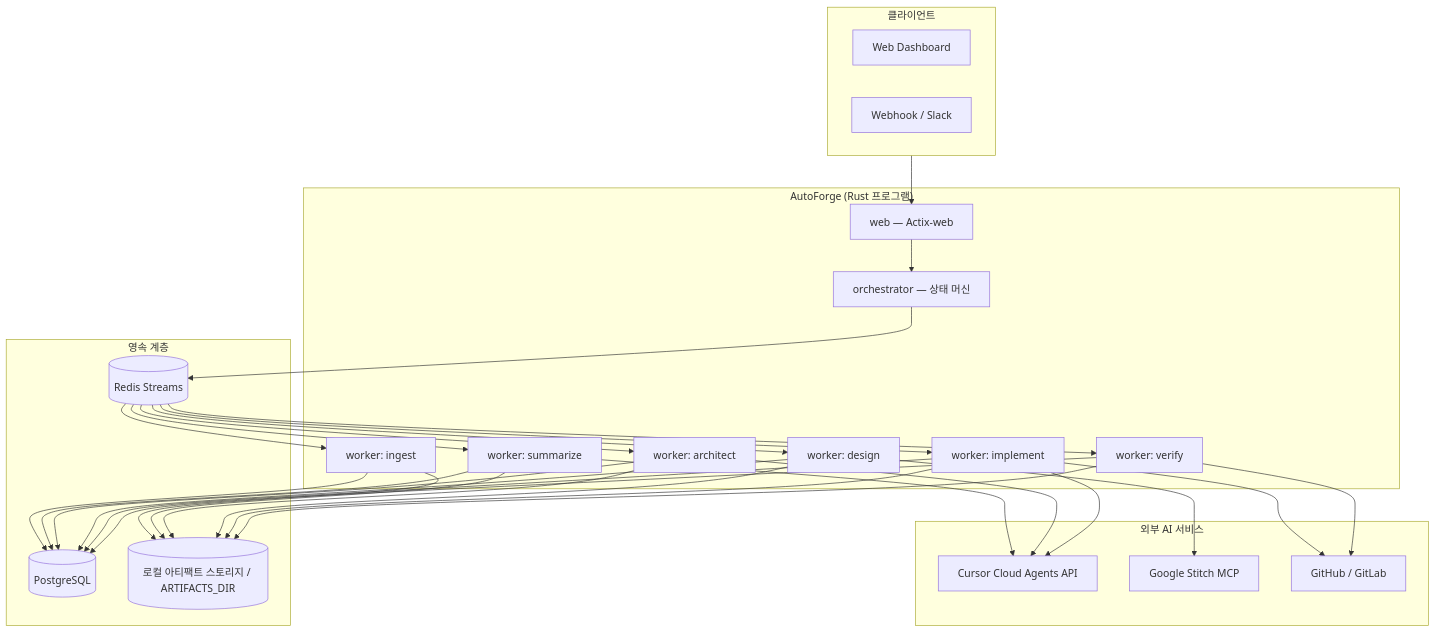
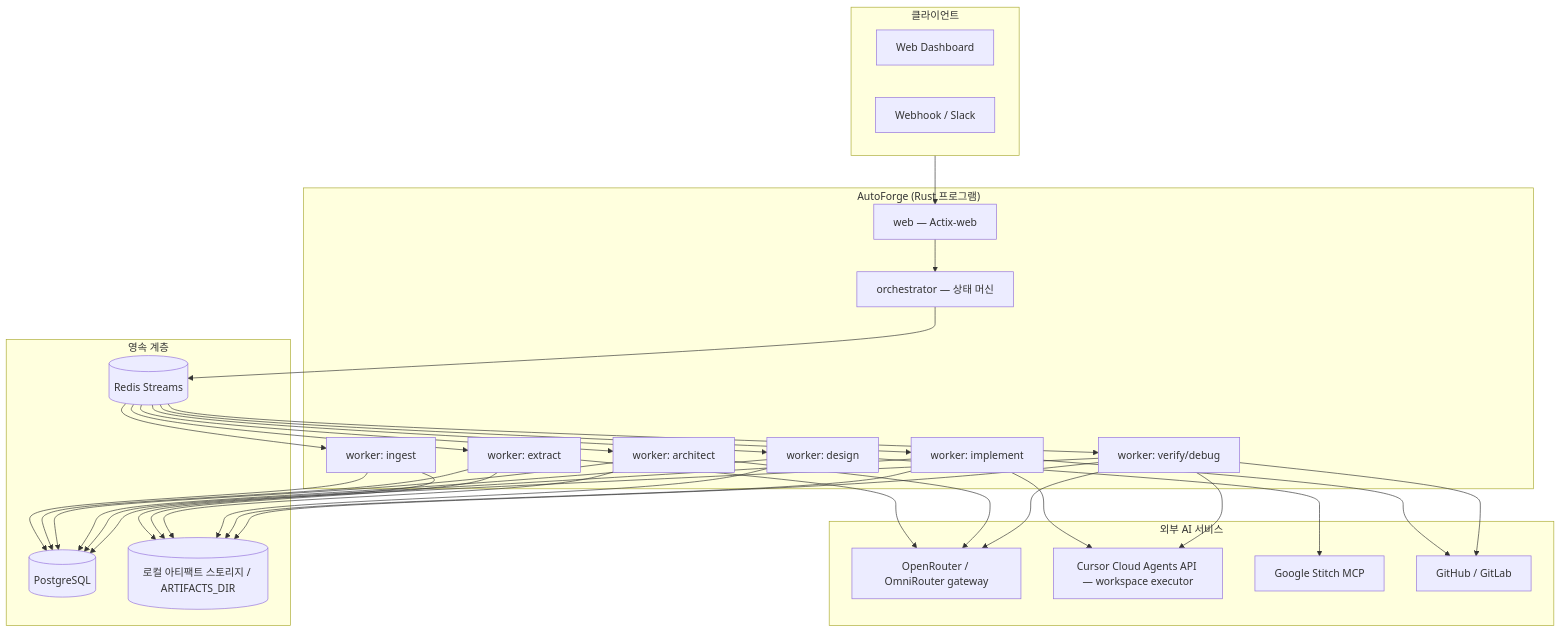
One commit to Helloworld0822/AutoForge changed the diagram in docs/ARCHITECTURE.md. Above: the diagram before and after it, drawn with Mermaid. The commit also changed other lines of this file and 2 other files, not shown here.

Commit message:
docs: document OpenRouter orchestration pipeline

````diff
--- a/docs/ARCHITECTURE.md
+++ b/docs/ARCHITECTURE.md
@@ -18,40 +22,42 @@
 ```mermaid
 flowchart TB
     subgraph Client["클라이언트"]
         Web[Web Dashboard]
         Webhook[Webhook / Slack]
     end
 
     subgraph AutoForge["AutoForge (Rust 프로그램)"]
         API[web — Actix-web]
         ORC[orchestrator — 상태 머신]
         W1[worker: ingest]
-        W2[worker: summarize]
+        W2[worker: extract]
         W3[worker: architect]
         W4[worker: design]
         W5[worker: implement]
-        W6[worker: verify]
+        W6[worker: verify/debug]
     end
 
     subgraph Storage["영속 계층"]
         PG[(PostgreSQL)]
         RD[(Redis Streams)]
         S3[(로컬 아티팩트 스토리지 / ARTIFACTS_DIR)]
     end
 
     subgraph External["외부 AI 서비스"]
-        Cursor[Cursor Cloud Agents API]
+        OpenRouter[OpenRouter / OmniRouter gateway]
+        Cursor[Cursor Cloud Agents API — workspace executor]
         Stitch[Google Stitch MCP]
         GH[GitHub / GitLab]
     end
 
     Client --> API
     API --> ORC
     ORC --> RD
     RD --> W1 & W2 & W3 & W4 & W5 & W6
     W1 & W2 & W3 & W4 & W5 & W6 --> PG
     W1 & W2 & W3 & W4 & W5 & W6 --> S3
-    W2 & W3 & W5 --> Cursor
+    W2 & W3 & W6 --> OpenRouter
+    W5 & W6 --> Cursor
     W4 --> Stitch
     W5 & W6 --> GH
 ```
````
